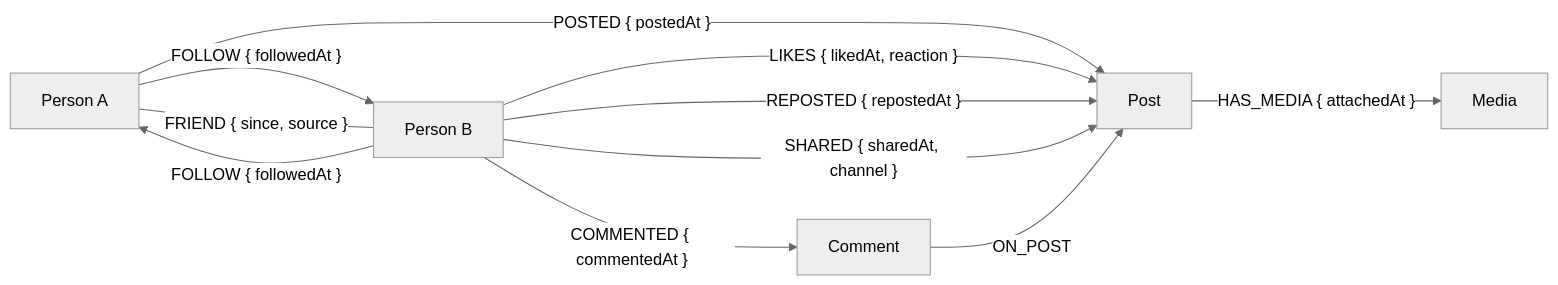
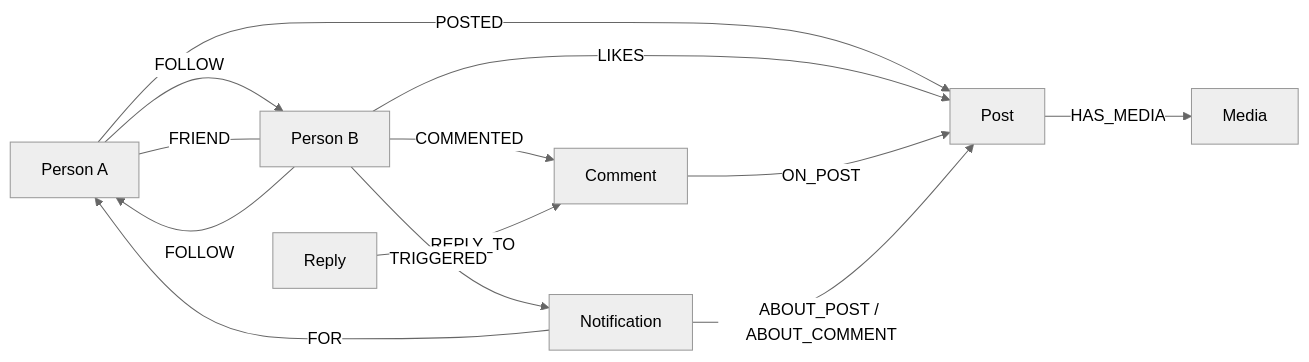
Before and after one commit to hkhvngg/mini-social-network: the second of 2 diagrams in README.md, drawn with Mermaid (neutral theme). The commit also changed other lines of this file and 107 other files, not shown here.

````diff
--- a/README.md
+++ b/README.md
@@ -27,13 +249,15 @@
 ```mermaid
 flowchart LR
-  A["Person A"] -->|"FOLLOW { followedAt }"| B["Person B"]
-  B -->|"FOLLOW { followedAt }"| A
-  A ---|"FRIEND { since, source }"| B
-  A -->|"POSTED { postedAt }"| P["Post"]
-  B -->|"LIKES { likedAt, reaction }"| P
-  B -->|"REPOSTED { repostedAt }"| P
-  B -->|"SHARED { sharedAt, channel }"| P
-  B -->|"COMMENTED { commentedAt }"| K["Comment"]
+  A["Person A"] -->|"FOLLOW"| B["Person B"]
+  B -->|"FOLLOW"| A
+  A ---|"FRIEND"| B
+  A -->|"POSTED"| P["Post"]
+  B -->|"LIKES"| P
+  B -->|"COMMENTED"| K["Comment"]
   K -->|"ON_POST"| P
-  P -->|"HAS_MEDIA { attachedAt }"| M["Media"]
+  R["Reply"] -->|"REPLY_TO"| K
+  P -->|"HAS_MEDIA"| M["Media"]
+  B -->|"TRIGGERED"| N["Notification"]
+  N -->|"FOR"| A
+  N -->|"ABOUT_POST / ABOUT_COMMENT"| P
 ```
````
